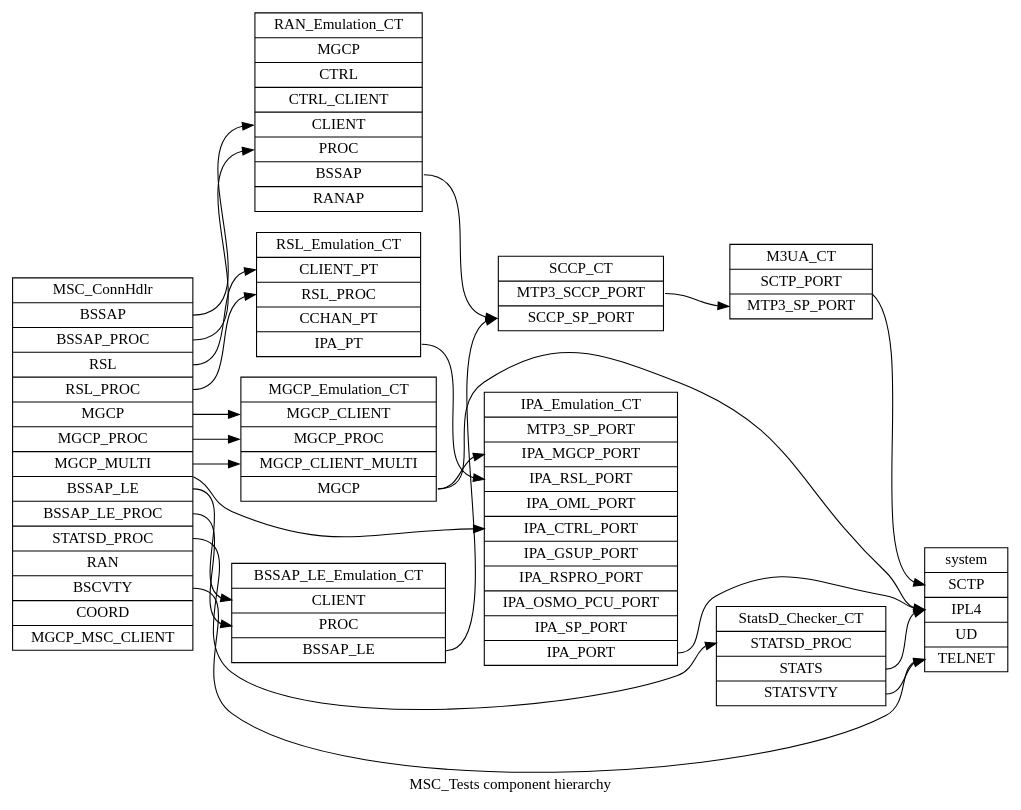
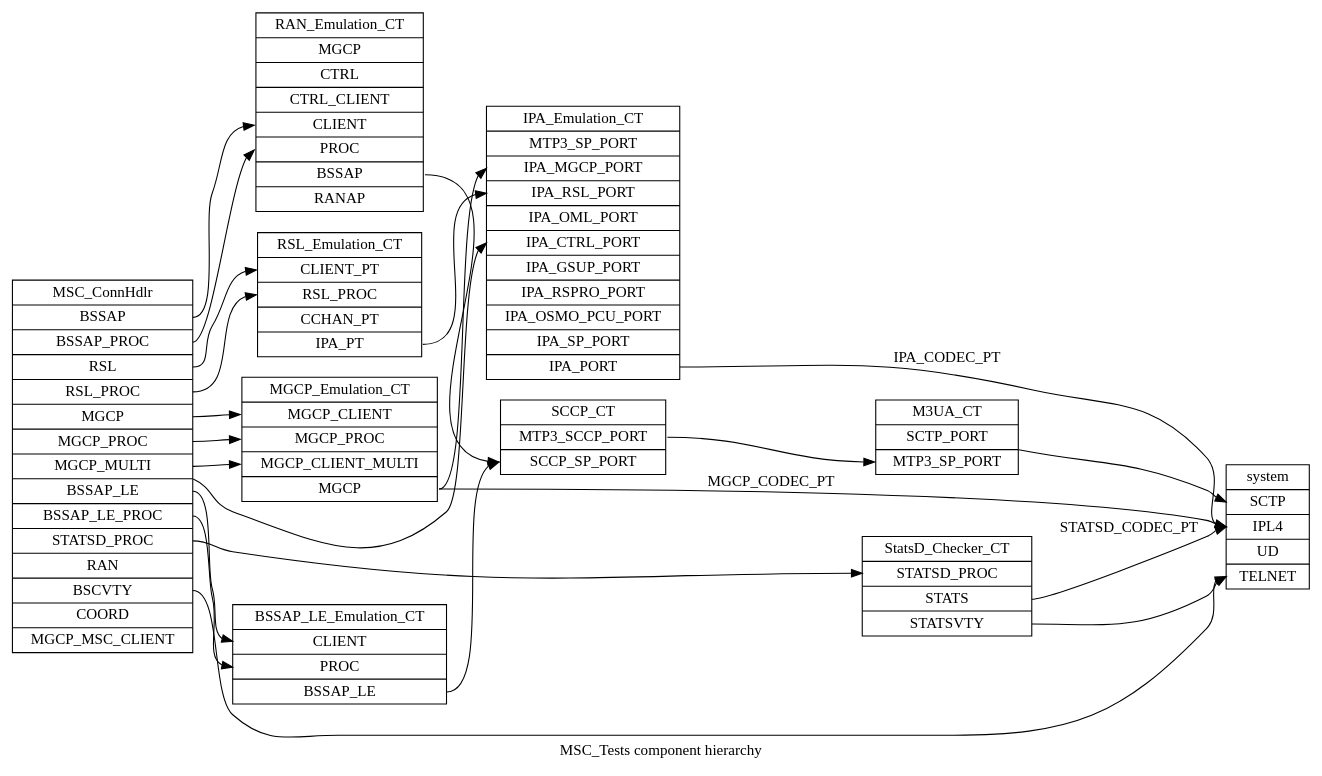
Before and after one commit to osmocom/osmo-ttcn3-hacks: the diagram in doc/bsc_tests_aoip.dot, drawn with Graphviz. The commit also changed 2 other files, not shown here.

Commit message:
doc: Always annotate codec port types in case of IPL4/UD ports

```diff
--- a/doc/bsc_tests_aoip.dot
+++ b/doc/bsc_tests_aoip.dot
@@ -1,81 +1,81 @@
 digraph G {
 	rankdir = LR;
 	label = "MSC_Tests component hierarchy";
 
 	"MSC_ConnHdlr" [
 		shape = "record"
 		label = "<f0> MSC_ConnHdlr | <BSSAP> BSSAP | <BSSAP_PROC> BSSAP_PROC | <RSL> RSL | <RSL_PROC> RSL_PROC | <MGCP> MGCP | <MGCP_PROC> MGCP_PROC | <MGCP_MULTI> MGCP_MULTI | <BSSAP_LE> BSSAP_LE | <BSSAP_LE_PROC> BSSAP_LE_PROC | <STATSD_PROC> STATSD_PROC | <RAN> RAN | <BSCVTY> BSCVTY | <COORD> COORD | <MGCP_MSC_CLIENT> MGCP_MSC_CLIENT"
 	];
 
 	"RAN_Emulation_CT" [
 		shape = "record"
 		label = "<f0> RAN_Emulation_CT | <MGCP> MGCP | <CTRL> CTRL | <CTRL_CLIENT> CTRL_CLIENT | <CLIENT> CLIENT | <PROC> PROC | <BSSAP> BSSAP | <RANAP> RANAP"
 	];
 	"RAN_Emulation_CT":BSSAP -> "SCCP_CT":SCCP_SP_PORT
 	"MSC_ConnHdlr":BSSAP -> "RAN_Emulation_CT":CLIENT
 	"MSC_ConnHdlr":BSSAP_PROC -> "RAN_Emulation_CT":PROC
 	"MSC_ConnHdlr":IPA_CTRL -> "IPA_Emulation_CT":IPA_CTRL_PORT
 
 	"RSL_Emulation_CT" [
 		shape = "record"
 		label = "<f0> RSL_Emulation_CT | <CLIENT_PT> CLIENT_PT | <RSL_PROC> RSL_PROC | <CCHAN_PT> CCHAN_PT | <IPA_PT> IPA_PT"
 	]
 	"RSL_Emulation_CT":IPA_PT -> "IPA_Emulation_CT":IPA_RSL_PORT
 	"MSC_ConnHdlr":RSL -> "RSL_Emulation_CT":CLIENT_PT
 	"MSC_ConnHdlr":RSL_PROC -> "RSL_Emulation_CT":RSL_PROC
 
 	"BSSAP_LE_Emulation_CT" [
 		shape = "record"
 		label = "<f0> BSSAP_LE_Emulation_CT | <CLIENT> CLIENT | <PROC> PROC | <BSSAP_LE> BSSAP_LE"
 	]
 	"BSSAP_LE_Emulation_CT":BSSAP_LE -> "SCCP_CT":SCCP_SP_PORT
 	"MSC_ConnHdlr":BSSAP_LE -> "BSSAP_LE_Emulation_CT":CLIENT
 	"MSC_ConnHdlr":BSSAP_LE_PROC -> "BSSAP_LE_Emulation_CT":PROC
 
 	"SCCP_CT" [
 		shape = "record"
 		label = "<f0> SCCP_CT | <MTP3_SCCP_PORT> MTP3_SCCP_PORT | <SCCP_SP_PORT> SCCP_SP_PORT"
 	];
 	"SCCP_CT":MTP3_SCCP_PORT -> "M3UA_CT":MTP3_SP_PORT
 
 	"M3UA_CT" [
 
 		shape = "record"
 		label = "<f0> M3UA_CT | <STCP_PORT> SCTP_PORT | <MTP3_SP_PORT> MTP3_SP_PORT"
 	];
 	"M3UA_CT":SCTP_PORT -> "system":SCTP
 
 
 	"StatsD_Checker_CT" [
 		shape = "record"
 		label = "<f0> StatsD_Checker_CT | <STATSD_PROC> STATSD_PROC | <STATS> STATS | <STATSVTY> STATSVTY"
 	]
-	"StatsD_Checker_CT":STATS -> "system":IPL4
+	"StatsD_Checker_CT":STATS -> "system":IPL4 [label="STATSD_CODEC_PT"]
 	"StatsD_Checker_CT":STATSVTY -> "system":TELNET
 	"MSC_ConnHdlr":STATSD_PROC -> "StatsD_Checker_CT":STATSD_PROC
 
 
 	"MGCP_Emulation_CT" [
 		shape = "record"
 		label = "<f0> MGCP_Emulation_CT | <MGCP_CLIENT> MGCP_CLIENT | <MGCP_PROC> MGCP_PROC | <MGCP_CLIENT_MULTI> MGCP_CLIENT_MULTI | <MGCP> MGCP"
 	]
-	"MGCP_Emulation_CT":MGCP -> "system":IPL4
+	"MGCP_Emulation_CT":MGCP -> "system":IPL4 [label="MGCP_CODEC_PT"]
 	"MGCP_Emulation_CT":MGCP -> "IPA_Emulation_CT":IPA_MGCP_PORT
 	"MSC_ConnHdlr":MGCP -> "MGCP_Emulation_CT":MGCP_CLIENT
 	"MSC_ConnHdlr":MGCP_PROC -> "MGCP_Emulation_CT":MGCP_PROC
 	"MSC_ConnHdlr":MGCP_MULTI -> "MGCP_Emulation_CT":MGCP_CLIENT_MULTI
 	"MSC_ConnHdlr":BSCVTY -> "system":TELNET
 
 
 	"IPA_Emulation_CT" [
 		shape = "record"
 		label = "<f0> IPA_Emulation_CT | <MTP3_SP_PORT> MTP3_SP_PORT | <IPA_MGCP_PORT> IPA_MGCP_PORT | <IPA_RSL_PORT> IPA_RSL_PORT | <IPA_OML_PORT> IPA_OML_PORT | <IPA_CTRL_PORT> IPA_CTRL_PORT | <IPA_GSUP_PORT> IPA_GSUP_PORT | <IPA_RSPRO_PORT> IPA_RSPRO_PORT | <IPA_OSMO_PCU_PORT> IPA_OSMO_PCU_PORT | <IPA_SP_PORT> IPA_SP_PORT | <IPA_PORT> IPA_PORT"
 	];
-	"IPA_Emulation_CT":IPA_PORT -> "system":IPL4
+	"IPA_Emulation_CT":IPA_PORT -> "system":IPL4 [label="IPA_CODEC_PT"]
 
 
 	"system" [
 		shape = "record"
 		label = "<f0> system | <SCTP> SCTP | <IPL4> IPL4 | <UD> UD | <TELNET> TELNET"
 	];
 }
```
